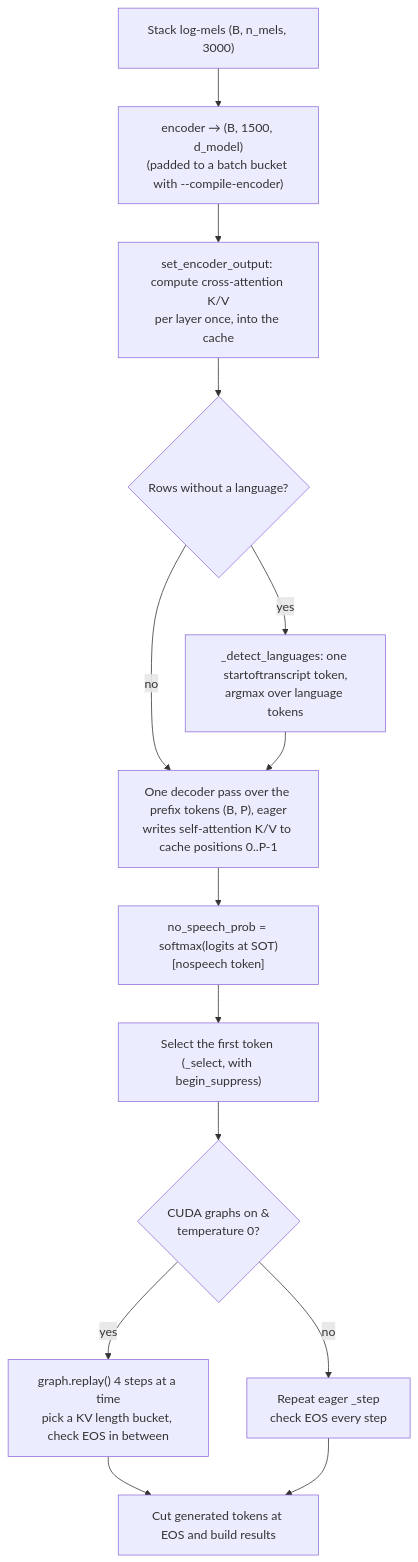
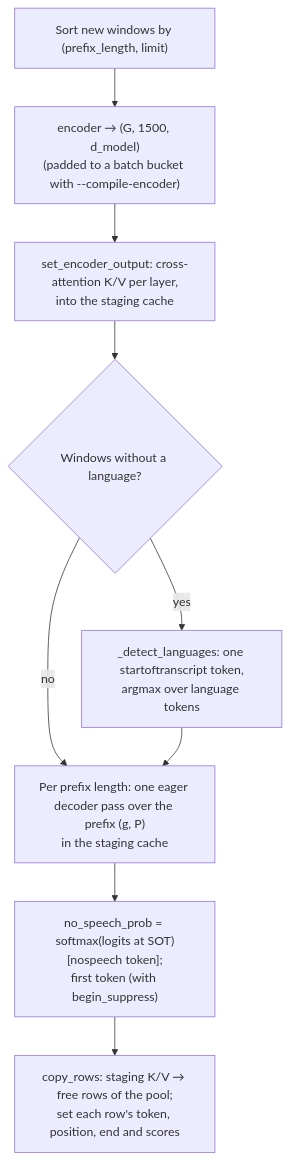
Before and after one commit to sjjeong94/asrback: the seventh of 11 diagrams in docs/architecture.md, drawn with Mermaid. The commit also changed other lines of this file and 2 other files, not shown here.

First line of the commit message:
Decode Whisper windows with continuous batching

````diff
--- a/docs/architecture.md
+++ b/docs/architecture.md
@@ -253,16 +268,11 @@
 ```mermaid
 flowchart TD
-    A["Stack log-mels (B, n_mels, 3000)"] --> B["encoder → (B, 1500, d_model)<br/>(padded to a batch bucket with --compile-encoder)"]
-    B --> C["set_encoder_output: compute cross-attention K/V<br/>per layer once, into the cache"]
-    C --> D{"Rows without a language?"}
+    A["Sort new windows by (prefix_length, limit)"] --> B["encoder → (G, 1500, d_model)<br/>(padded to a batch bucket with --compile-encoder)"]
+    B --> C["set_encoder_output: cross-attention K/V per layer,<br/>into the staging cache"]
+    C --> D{"Windows without a language?"}
     D -- yes --> E["_detect_languages: one startoftranscript token,<br/>argmax over language tokens"]
     D -- no --> F
-    E --> F["One decoder pass over the prefix tokens (B, P), eager<br/>writes self-attention K/V to cache positions 0..P-1"]
-    F --> G["no_speech_prob = softmax(logits at SOT)[nospeech token]"]
-    G --> H["Select the first token (_select, with begin_suppress)"]
-    H --> I{"CUDA graphs on &<br/>temperature 0?"}
-    I -- yes --> J["graph.replay() 4 steps at a time<br/>pick a KV length bucket, check EOS in between"]
-    I -- no --> K["Repeat eager _step<br/>check EOS every step"]
-    J --> L["Cut generated tokens at EOS and build results"]
-    K --> L
+    E --> F["Per prefix length: one eager decoder pass over the prefix (g, P)<br/>in the staging cache"]
+    F --> G["no_speech_prob = softmax(logits at SOT)[nospeech token];<br/>first token (with begin_suppress)"]
+    G --> H["copy_rows: staging K/V → free rows of the pool;<br/>set each row's token, position, end and scores"]
 ```
````
